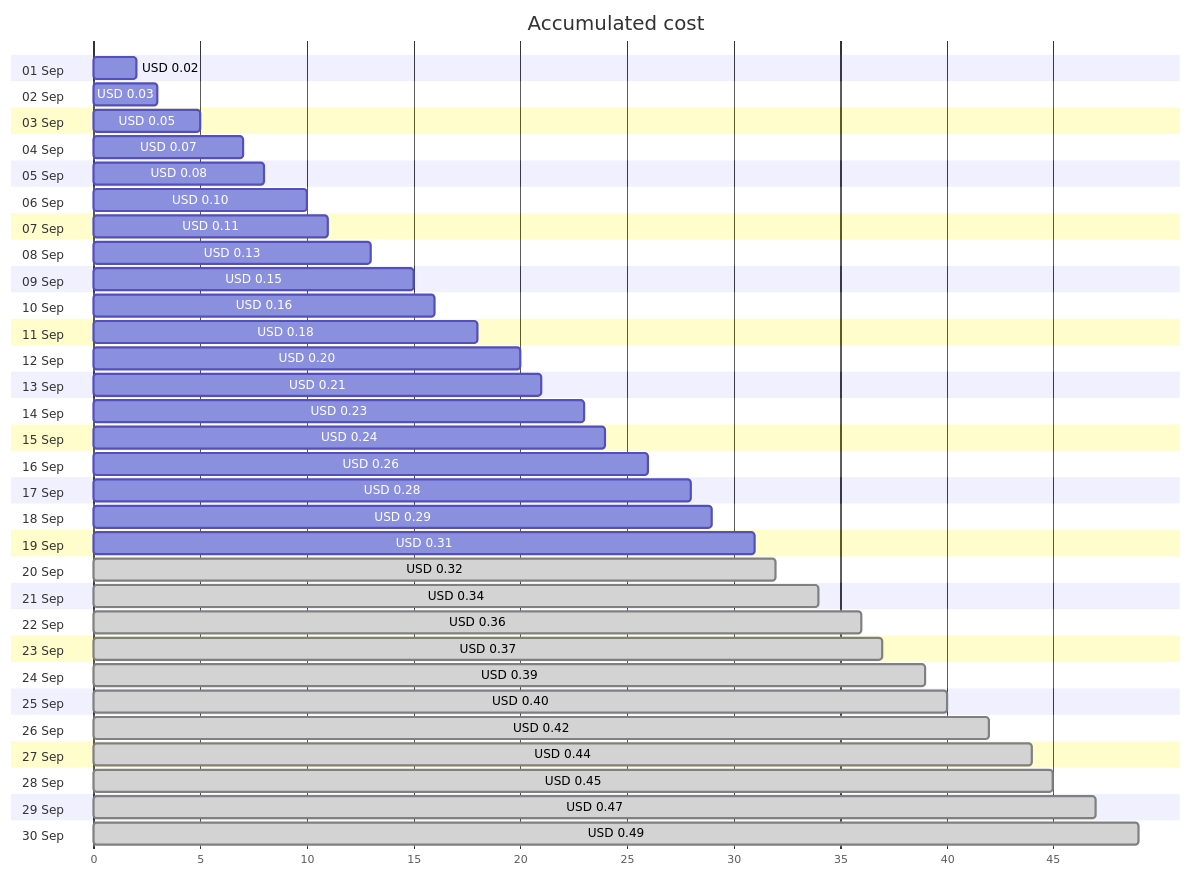
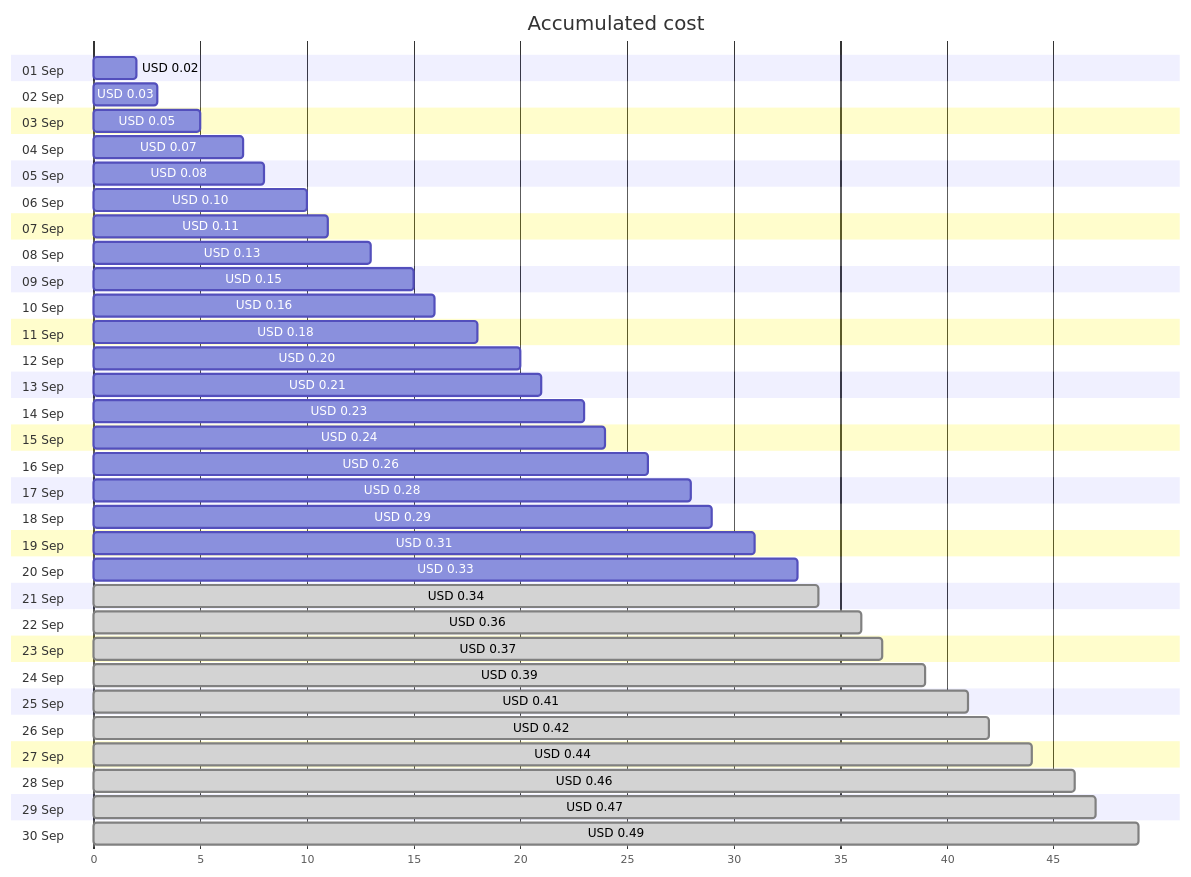
The first of 4 diagrams in cost-reports/personal-dns/jpatrickfulton.com.md (jpfulton/azure-personal-reports), drawn with Mermaid before and after one commit. The commit also changed other lines of this file and 2 other files, not shown here.

````diff
--- a/cost-reports/personal-dns/jpatrickfulton.com.md
+++ b/cost-reports/personal-dns/jpatrickfulton.com.md
@@ -20,66 +20,66 @@
 ```mermaid
 gantt
    title Accumulated cost
    dateFormat  X
    axisFormat %s
    section 01 Sep
    USD 0.02 :0, 2
    section 02 Sep
    USD 0.03 :0, 3
    section 03 Sep
    USD 0.05 :0, 5
    section 04 Sep
    USD 0.07 :0, 7
    section 05 Sep
    USD 0.08 :0, 8
    section 06 Sep
    USD 0.10 :0, 10
    section 07 Sep
    USD 0.11 :0, 11
    section 08 Sep
    USD 0.13 :0, 13
    section 09 Sep
    USD 0.15 :0, 15
    section 10 Sep
    USD 0.16 :0, 16
    section 11 Sep
    USD 0.18 :0, 18
    section 12 Sep
    USD 0.20 :0, 20
    section 13 Sep
    USD 0.21 :0, 21
    section 14 Sep
    USD 0.23 :0, 23
    section 15 Sep
    USD 0.24 :0, 24
    section 16 Sep
    USD 0.26 :0, 26
    section 17 Sep
    USD 0.28 :0, 28
    section 18 Sep
    USD 0.29 :0, 29
    section 19 Sep
    USD 0.31 :0, 31
    section 20 Sep
-   USD 0.32 : done, 0, 32
+   USD 0.33 :0, 33
    section 21 Sep
    USD 0.34 : done, 0, 34
    section 22 Sep
    USD 0.36 : done, 0, 36
    section 23 Sep
    USD 0.37 : done, 0, 37
    section 24 Sep
    USD 0.39 : done, 0, 39
    section 25 Sep
-   USD 0.40 : done, 0, 40
+   USD 0.41 : done, 0, 41
    section 26 Sep
    USD 0.42 : done, 0, 42
    section 27 Sep
    USD 0.44 : done, 0, 44
    section 28 Sep
-   USD 0.45 : done, 0, 45
+   USD 0.46 : done, 0, 46
    section 29 Sep
    USD 0.47 : done, 0, 47
    section 30 Sep
    USD 0.49 : done, 0, 49
 ```
````
